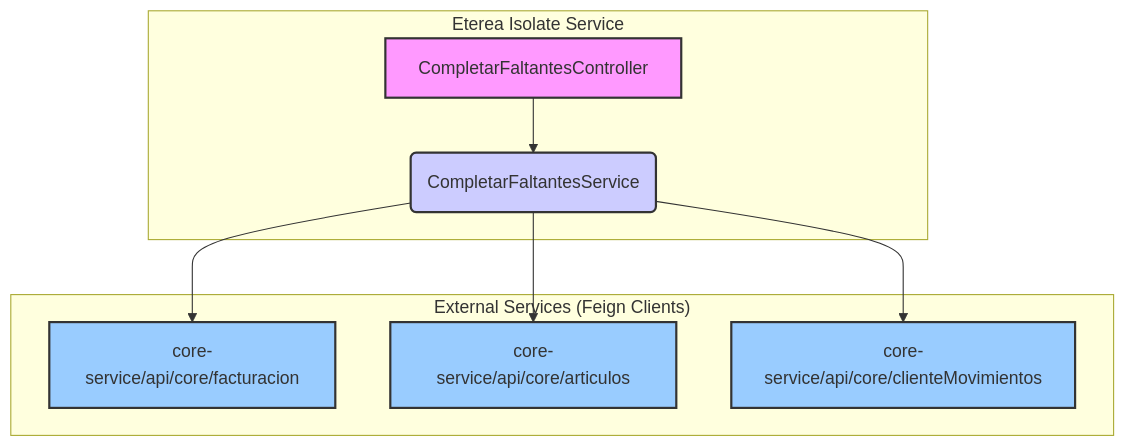
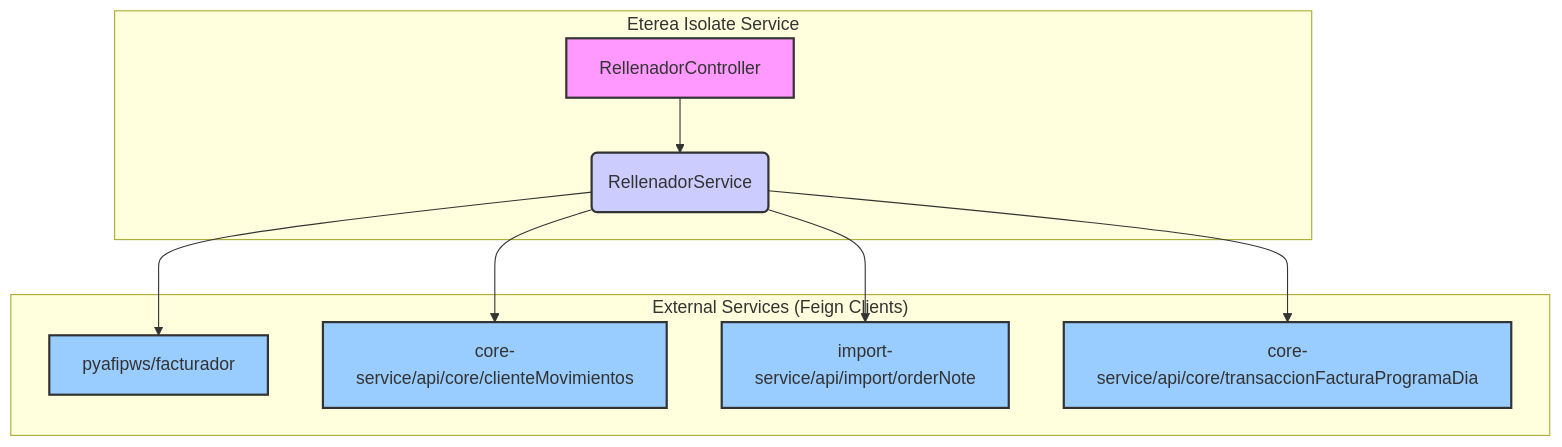
One commit to ETEREA-services/ETEREA.isolate-service changed the diagram in docs/diagrams/architecture.mmd. Above: the diagram before and after it, drawn with Mermaid. The commit also changed 7 other files, not shown here.

```diff
--- a/docs/diagrams/architecture.mmd
+++ b/docs/diagrams/architecture.mmd
@@ -1,20 +1,23 @@
 graph TD
     subgraph "Eterea Isolate Service"
-        A[CompletarFaltantesController] --> B(CompletarFaltantesService);
+        A[RellenadorController] --> B(RellenadorService);
     end
 
     subgraph "External Services (Feign Clients)"
-        C[core-service/api/core/facturacion]
-        D[core-service/api/core/articulos]
-        E[core-service/api/core/clienteMovimientos]
+        C[pyafipws/facturador]
+        D[core-service/api/core/clienteMovimientos]
+        E[import-service/api/import/orderNote]
+        F[core-service/api/core/transaccionFacturaProgramaDia]
     end
 
     B --> C;
     B --> D;
     B --> E;
+    B --> F;
 
     style A fill:#f9f,stroke:#333,stroke-width:2px
     style B fill:#ccf,stroke:#333,stroke-width:2px
     style C fill:#9cf,stroke:#333,stroke-width:2px
     style D fill:#9cf,stroke:#333,stroke-width:2px
     style E fill:#9cf,stroke:#333,stroke-width:2px
+    style F fill:#9cf,stroke:#333,stroke-width:2px
```
